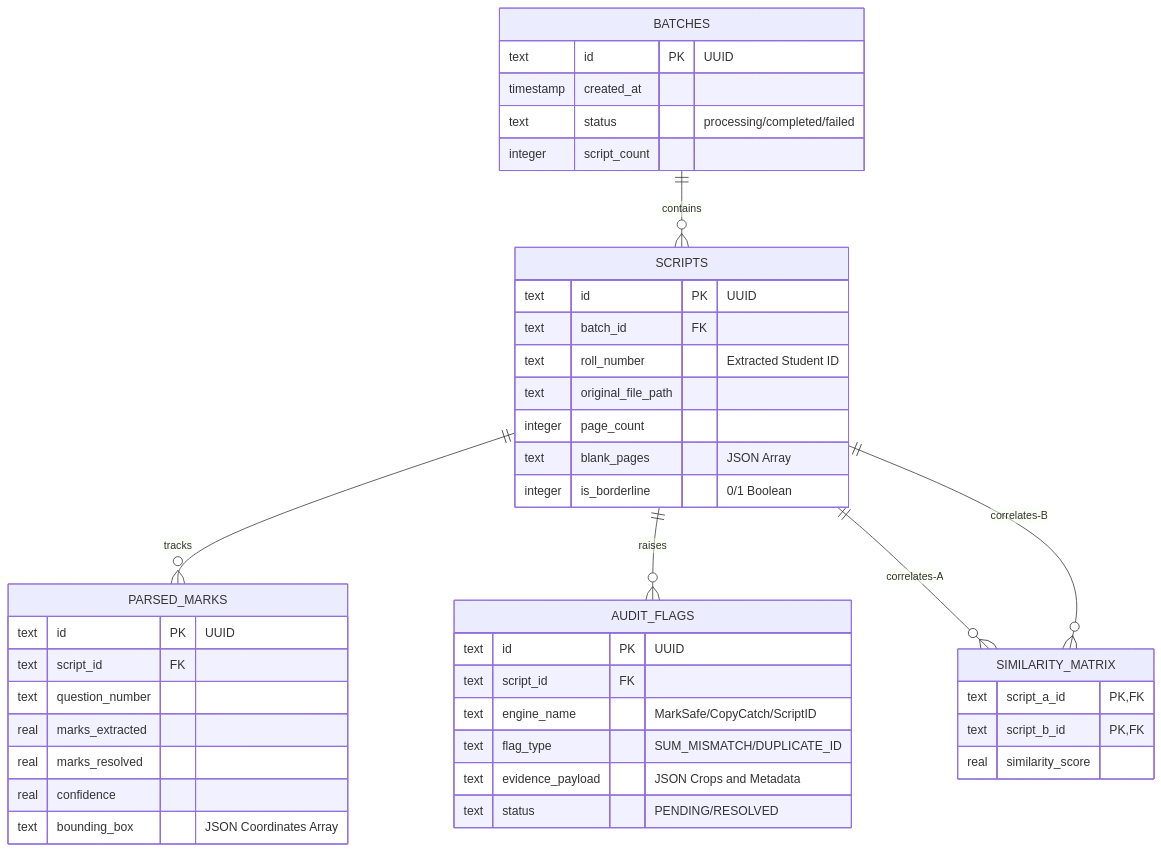
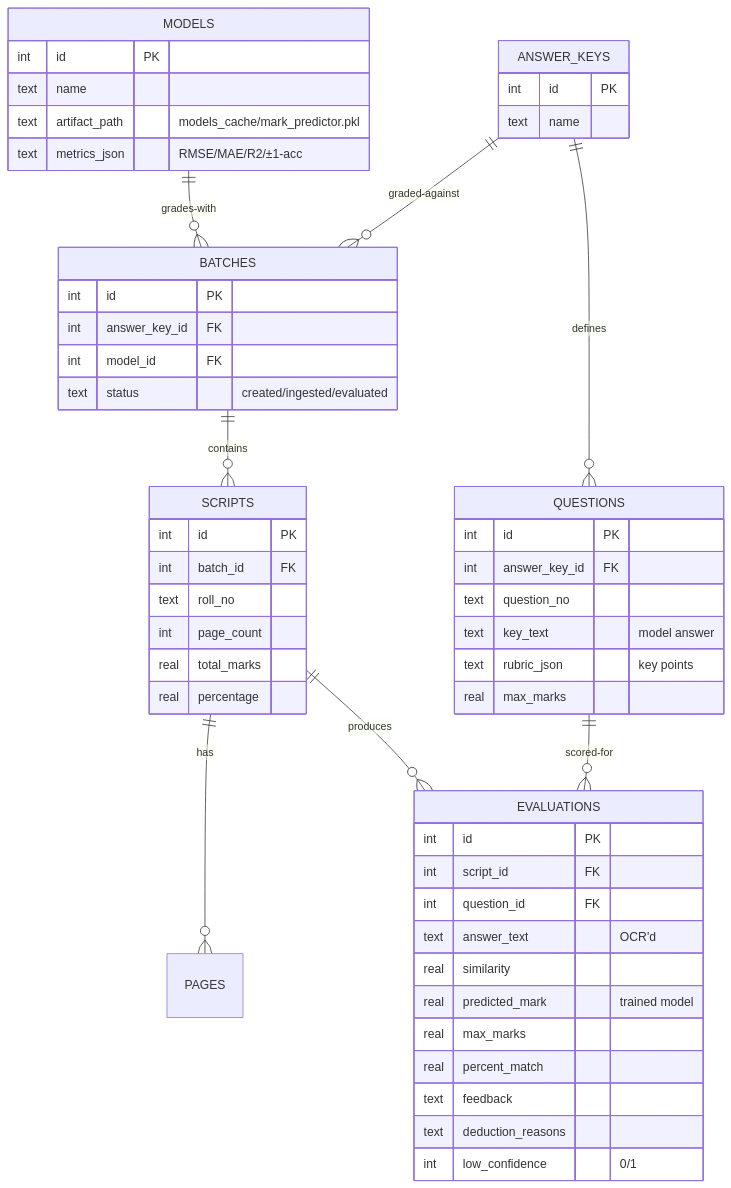
One commit to aishwaryaV007/E-Shield changed the diagram in docs/DATABASE_DESIGN.md. Above: the diagram before and after it, drawn with Mermaid. The commit also changed other lines of this file and 134 other files, not shown here.

````diff
--- a/docs/DATABASE_DESIGN.md
+++ b/docs/DATABASE_DESIGN.md
@@ -18,50 +17,53 @@
 ```mermaid
 erDiagram
+    MODELS ||--o{ BATCHES : grades-with
+    ANSWER_KEYS ||--o{ QUESTIONS : defines
+    ANSWER_KEYS ||--o{ BATCHES : graded-against
     BATCHES ||--o{ SCRIPTS : contains
-    SCRIPTS ||--o{ PARSED_MARKS : tracks
-    SCRIPTS ||--o{ AUDIT_FLAGS : raises
-    SCRIPTS ||--o{ SIMILARITY_MATRIX : correlates-A
-    SCRIPTS ||--o{ SIMILARITY_MATRIX : correlates-B
+    SCRIPTS ||--o{ PAGES : has
+    SCRIPTS ||--o{ EVALUATIONS : produces
+    QUESTIONS ||--o{ EVALUATIONS : scored-for
 
+    MODELS {
+        int id PK
+        text name
+        text artifact_path "models_cache/mark_predictor.pkl"
+        text metrics_json "RMSE/MAE/R2/±1-acc"
+    }
+    ANSWER_KEYS { int id PK  text name }
+    QUESTIONS {
+        int id PK
+        int answer_key_id FK
+        text question_no
+        text key_text "model answer"
+        text rubric_json "key points"
+        real max_marks
+    }
     BATCHES {
-        text id PK "UUID"
-        timestamp created_at
-        text status "processing/completed/failed"
-        integer script_count
+        int id PK
+        int answer_key_id FK
+        int model_id FK
+        text status "created/ingested/evaluated"
     }
-
     SCRIPTS {
-        text id PK "UUID"
-        text batch_id FK
-        text roll_number "Extracted Student ID"
-        text original_file_path
-        integer page_count
-        text blank_pages "JSON Array"
-        integer is_borderline "0/1 Boolean"
+        int id PK
+        int batch_id FK
+        text roll_no
+        int page_count
+        real total_marks
+        real percentage
     }
-
-    PARSED_MARKS {
-        text id PK "UUID"
-        text script_id FK
-        text question_number
-        real marks_extracted
-        real marks_resolved
-        real confidence
-        text bounding_box "JSON Coordinates Array"
-    }
-
-    AUDIT_FLAGS {
-        text id PK "UUID"
-        text script_id FK
-        text engine_name "MarkSafe/CopyCatch/ScriptID"
-        text flag_type "SUM_MISMATCH/DUPLICATE_ID"
-        text evidence_payload "JSON Crops and Metadata"
-        text status "PENDING/RESOLVED"
-    }
-
-    SIMILARITY_MATRIX {
-        text script_a_id PK, FK
-        text script_b_id PK, FK
-        real similarity_score
+    EVALUATIONS {
+        int id PK
+        int script_id FK
+        int question_id FK
+        text answer_text "OCR'd"
+        real similarity
+        real predicted_mark "trained model"
+        real max_marks
+        real percent_match
+        text feedback
+        text deduction_reasons
+        int low_confidence "0/1"
     }
 ```
````
